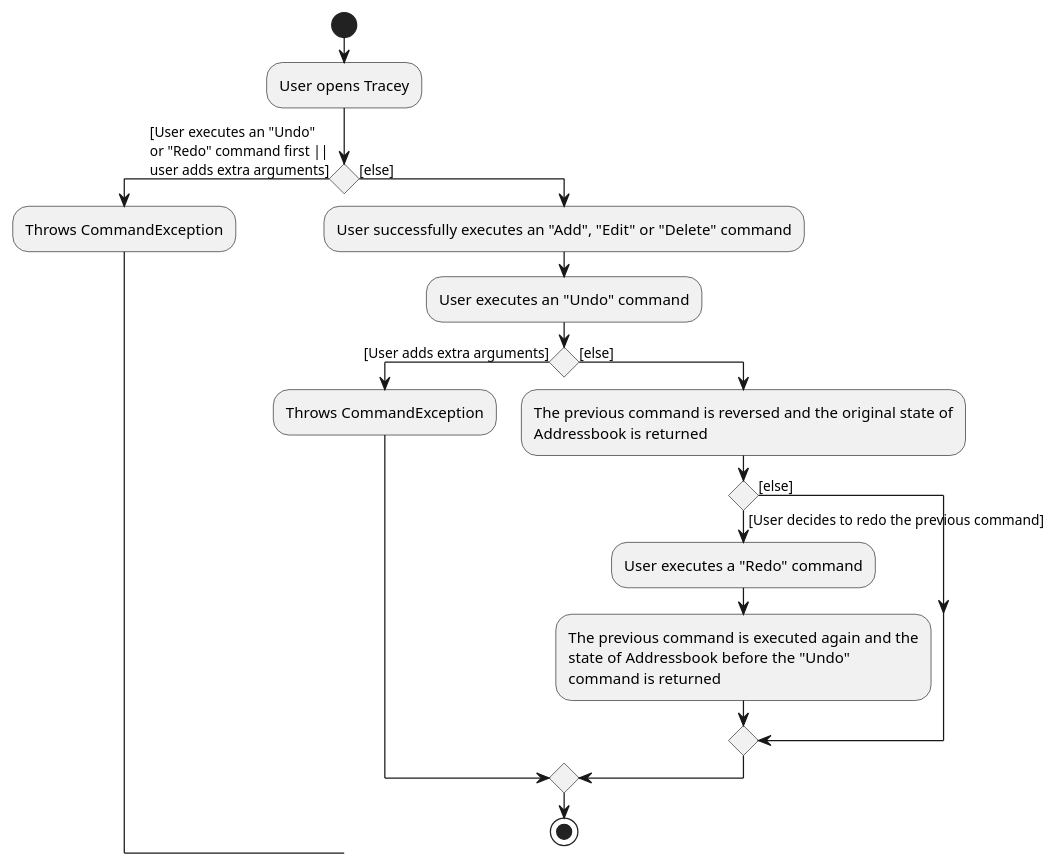
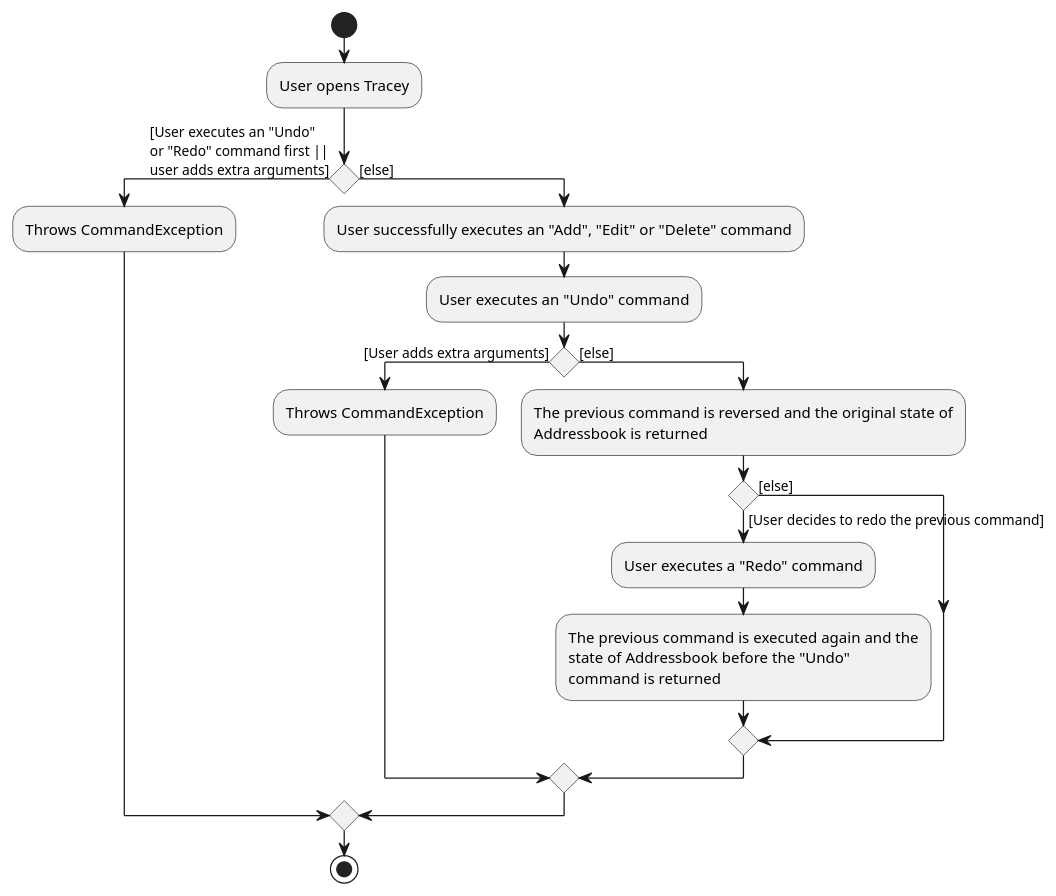
Before and after one commit to nus-cs2103-AY2122S2/tp: the diagram in docs/diagrams/UndoRedoFeatureActivityDiagram.puml, drawn with PlantUML.

Commit message:
Fixed error in UndoRedoFeatureActivityDiagram.puml

```diff
--- a/docs/diagrams/UndoRedoFeatureActivityDiagram.puml
+++ b/docs/diagrams/UndoRedoFeatureActivityDiagram.puml
@@ -1,29 +1,30 @@
 @startuml
 'https://plantuml.com/activity-diagram-beta
 
 start
 :User opens Tracey;
 
 if () then ([User executes an "Undo"
 or "Redo" command first ||
 user adds extra arguments])
     :Throws CommandException;
     else ([else])
     :User successfully executes an "Add", "Edit" or "Delete" command;
     :User executes an "Undo" command;
     if () then ([User adds extra arguments])
     :Throws CommandException;
     else ([else])
     :The previous command is reversed and the original state of
     Addressbook is returned;
 
     if () then ([User decides to redo the previous command])
         :User executes a "Redo" command;
         :The previous command is executed again and the
         state of Addressbook before the "Undo"
         command is returned;
     else ([else])
    endif
+   endif
 endif
 stop
 @enduml
```
